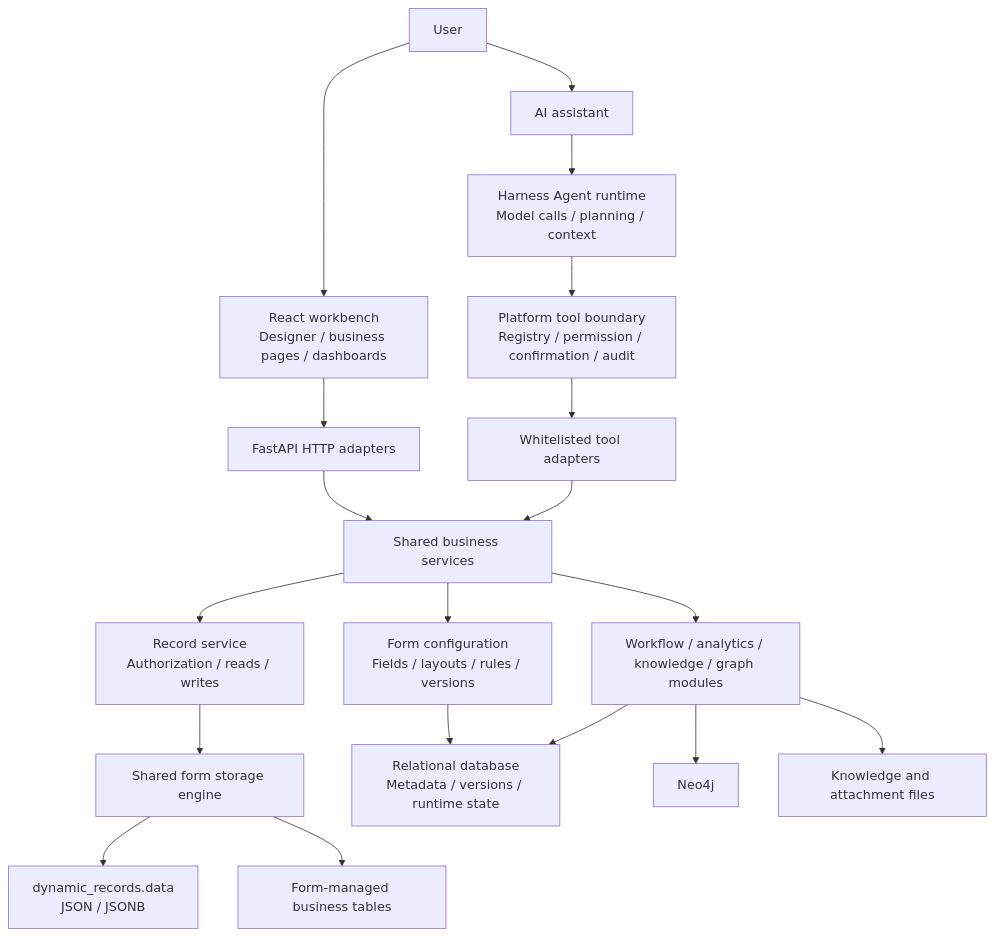
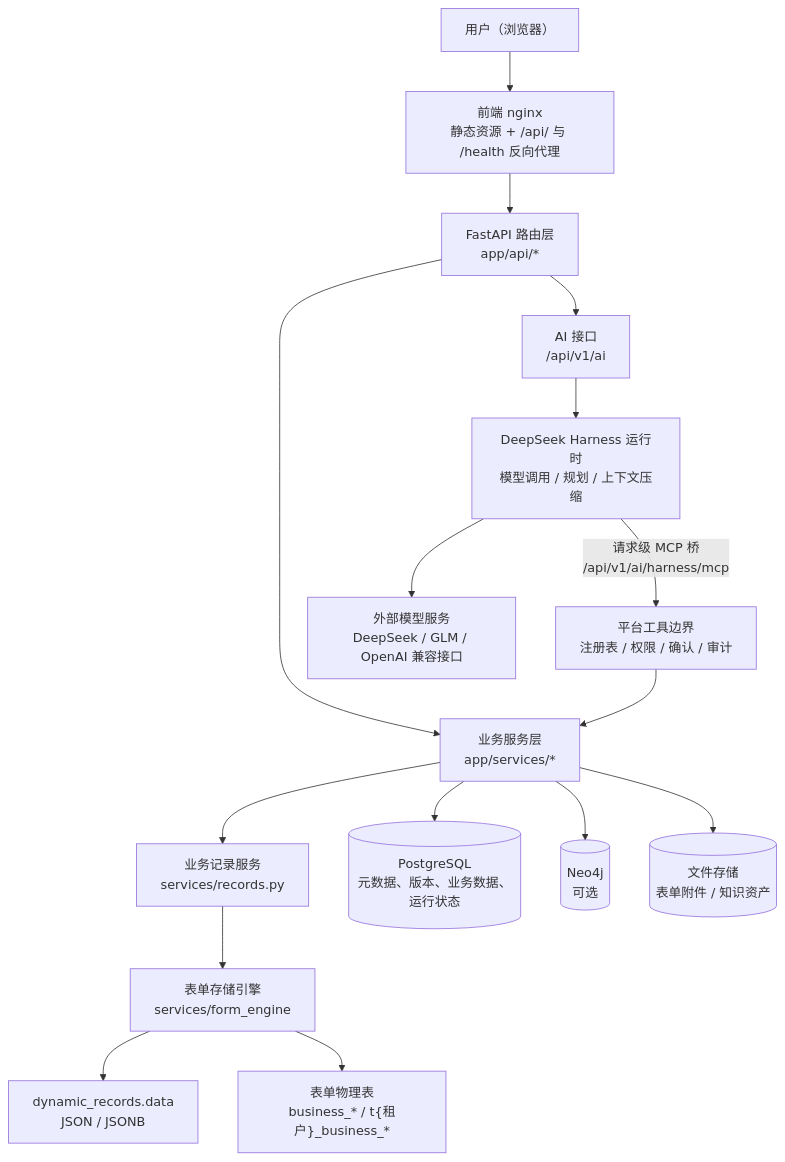
Before and after one commit to yelan-131/Palantir_Demo: the first of 2 diagrams in docs/architecture/overview.md, drawn with Mermaid. The commit also changed other lines of this file and 152 other files, not shown here.

````diff
--- a/docs/architecture/overview.md
+++ b/docs/architecture/overview.md
@@ -39,21 +39,18 @@
 ```mermaid
 flowchart TB
-  User["User"] --> FE["React workbench<br/>Designer / business pages / dashboards"]
-  User --> Assistant["AI assistant"]
-  FE --> HTTP["FastAPI HTTP adapters"]
-  Assistant --> Agent["Harness Agent runtime<br/>Model calls / planning / context"]
-  Agent --> Boundary["Platform tool boundary<br/>Registry / permission / confirmation / audit"]
-  Boundary --> Tools["Whitelisted tool adapters"]
-  HTTP --> Services["Shared business services"]
-  Tools --> Services
-  Services --> Config["Form configuration<br/>Fields / layouts / rules / versions"]
-  Services --> Records["Record service<br/>Authorization / reads / writes"]
-  Services --> Business["Workflow / analytics / knowledge / graph modules"]
-  Records --> Engine["Shared form storage engine"]
-  Config --> DB["Relational database<br/>Metadata / versions / runtime state"]
-  Engine --> JSON["dynamic_records.data<br/>JSON / JSONB"]
-  Engine --> Physical["Form-managed business tables"]
-  Business --> DB
-  Business --> Graph["Neo4j"]
-  Business --> Files["Knowledge and attachment files"]
+  User["用户（浏览器）"] --> Nginx["前端 nginx<br/>静态资源 + /api/ 与 /health 反向代理"]
+  Nginx --> API["FastAPI 路由层<br/>app/api/*"]
+  API --> Services["业务服务层<br/>app/services/*"]
+  API --> AIAPI["AI 接口<br/>/api/v1/ai"]
+  AIAPI --> Harness["DeepSeek Harness 运行时<br/>模型调用 / 规划 / 上下文压缩"]
+  Harness -->|"请求级 MCP 桥<br/>/api/v1/ai/harness/mcp"| Envelope["平台工具边界<br/>注册表 / 权限 / 确认 / 审计"]
+  Envelope --> Services
+  Services --> Records["业务记录服务<br/>services/records.py"]
+  Records --> Engine["表单存储引擎<br/>services/form_engine"]
+  Engine --> JSONStore["dynamic_records.data<br/>JSON / JSONB"]
+  Engine --> Physical["表单物理表<br/>business_* / t{租户}_business_*"]
+  Services --> DB[("PostgreSQL<br/>元数据、版本、业务数据、运行状态")]
+  Services --> Graph[("Neo4j<br/>可选")]
+  Services --> Files[("文件存储<br/>表单附件 / 知识资产")]
+  Harness --> LLM["外部模型服务<br/>DeepSeek / GLM / OpenAI 兼容接口"]
 ```
````
